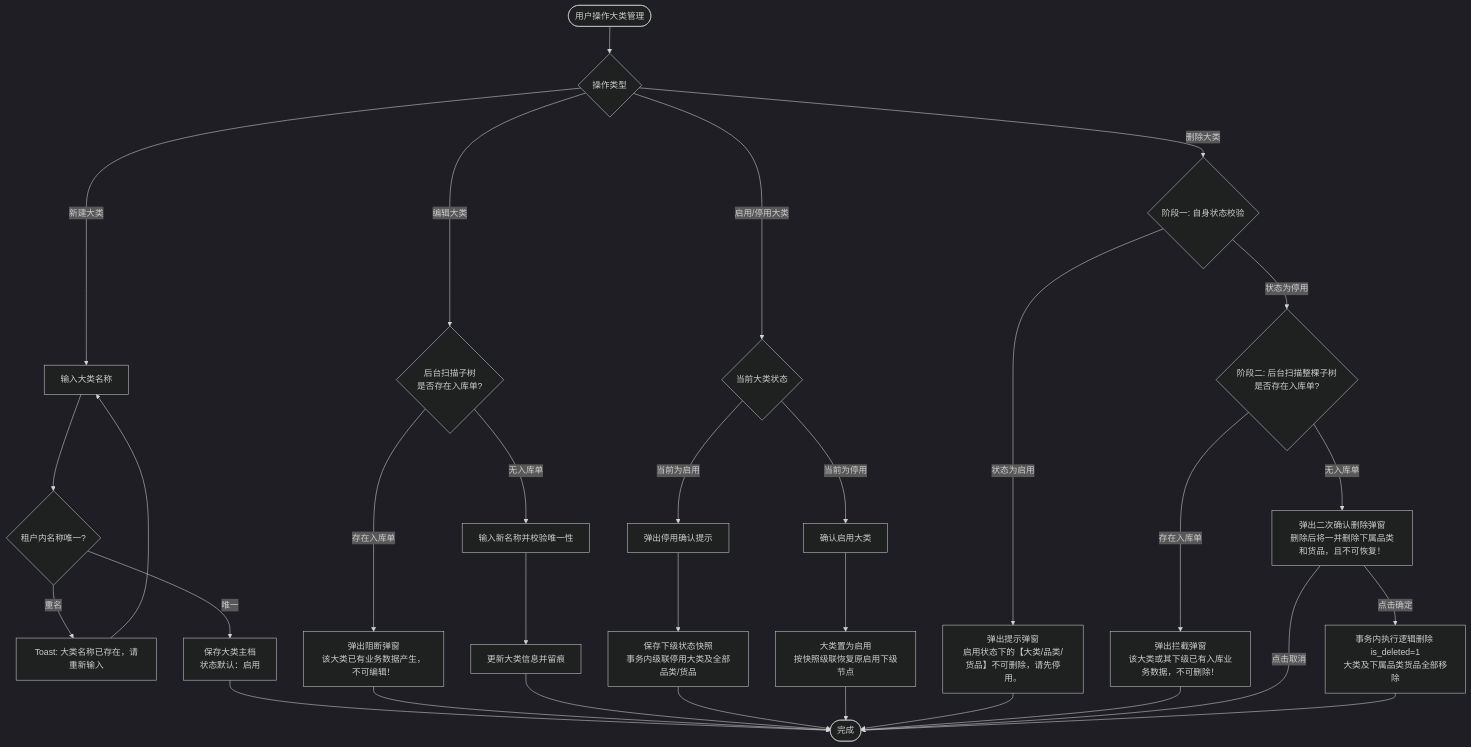
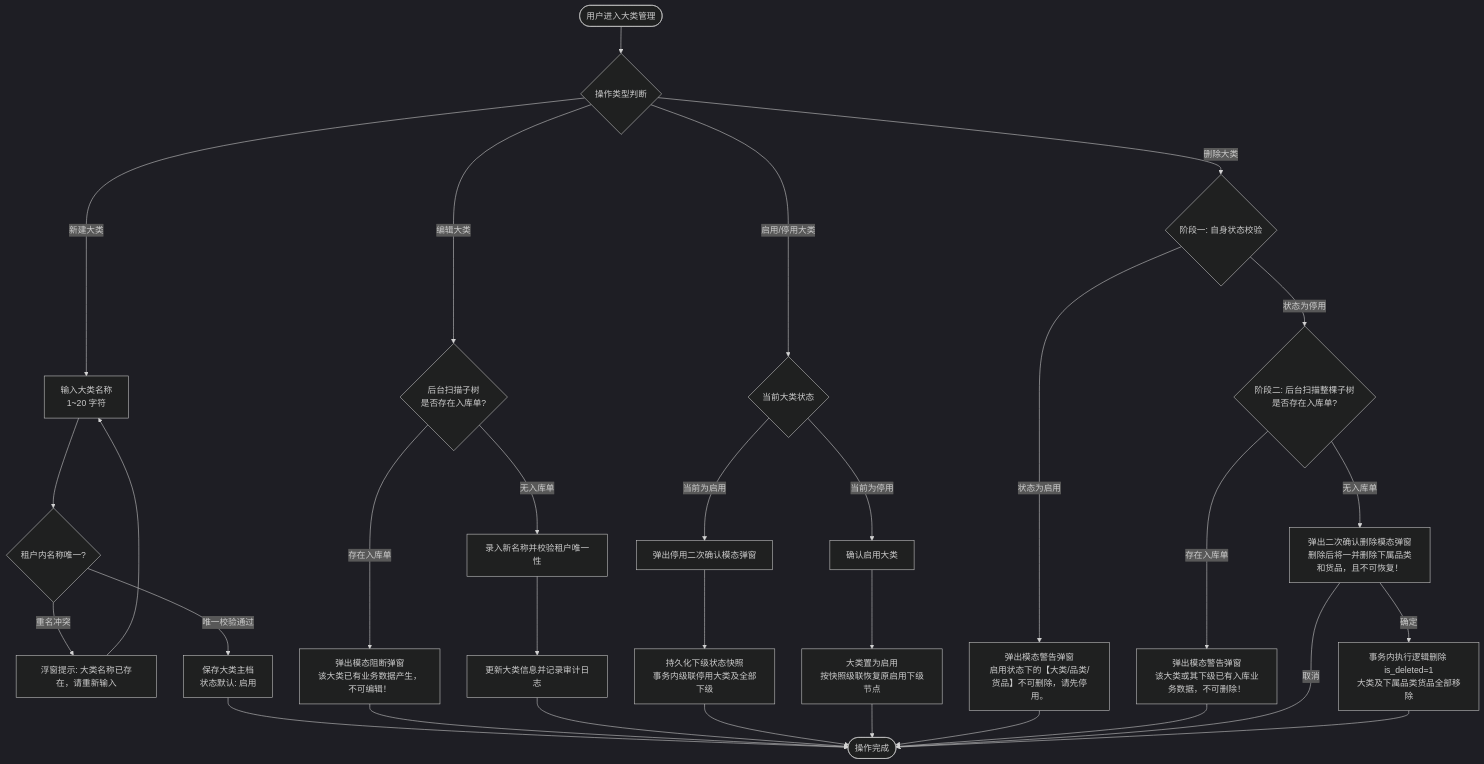
One commit to RobertHuang999/SYZC changed the first of 3 diagrams in 02-PRD文档/🌟🌟🌟-最新基准版/B端PC/08-配置管理/12-货品规格管理-大类管理/大类管理业务规则规格.md. Above: the diagram before and after it, drawn with Mermaid (dark theme). The commit also changed other lines of this file and 264 other files, not shown here.

````diff
--- a/02-PRD文档/🌟🌟🌟-最新基准版/B端PC/08-配置管理/12-货品规格管理-大类管理/大类管理业务规则规格.md
+++ b/02-PRD文档/🌟🌟🌟-最新基准版/B端PC/08-配置管理/12-货品规格管理-大类管理/大类管理业务规则规格.md
@@ -95,32 +97,32 @@
 ```mermaid
 flowchart TD
-    Start([用户操作大类管理]) --> OpType{操作类型}
+    Start([用户进入大类管理]) --> OpType{操作类型判断}
 
     %% 1. 新建大类分支
-    OpType -- 新建大类 --> InputCat[输入大类名称]
+    OpType -- 新建大类 --> InputCat[输入大类名称<br/>1~20 字符]
     InputCat --> CheckName{租户内名称唯一?}
-    CheckName -- 重名 --> ToastErr1[Toast: 大类名称已存在，请重新输入] --> InputCat
-    CheckName -- 唯一 --> SaveCat[保存大类主档<br/>状态默认：启用] --> End([完成])
+    CheckName -- 重名冲突 --> ToastErr1[浮窗提示: 大类名称已存在，请重新输入] --> InputCat
+    CheckName -- 唯一校验通过 --> SaveCat[保存大类主档<br/>状态默认: 启用] --> End([操作完成])
 
     %% 2. 编辑大类分支
     OpType -- 编辑大类 --> CheckInboundEdit{后台扫描子树<br/>是否存在入库单?}
-    CheckInboundEdit -- 存在入库单 --> ModalBlockEdit[弹出阻断弹窗<br/>该大类已有业务数据产生，不可编辑！] --> End
-    CheckInboundEdit -- 无入库单 --> EditCatName[输入新名称并校验唯一性]
-    EditCatName --> SaveEdit[更新大类信息并留痕] --> End
+    CheckInboundEdit -- 存在入库单 --> ModalBlockEdit[弹出模态阻断弹窗<br/>该大类已有业务数据产生，不可编辑！] --> End
+    CheckInboundEdit -- 无入库单 --> EditCatName[录入新名称并校验租户唯一性]
+    EditCatName --> SaveEdit[更新大类信息并记录审计日志] --> End
 
     %% 3. 启停用大类分支
     OpType -- 启用/停用大类 --> StatusJudge{当前大类状态}
-    StatusJudge -- 当前为启用 --> ConfirmDisable[弹出停用确认提示]
-    ConfirmDisable --> DoDisable[保存下级状态快照<br/>事务内级联停用大类及全部品类/货品] --> End
+    StatusJudge -- 当前为启用 --> ConfirmDisable[弹出停用二次确认模态弹窗]
+    ConfirmDisable --> DoDisable[持久化下级状态快照<br/>事务内级联停用大类及全部下级] --> End
     StatusJudge -- 当前为停用 --> ConfirmEnable[确认启用大类]
     ConfirmEnable --> DoEnable[大类置为启用<br/>按快照级联恢复原启用下级节点] --> End
 
     %% 4. 删除大类分支
     OpType -- 删除大类 --> Phase1{阶段一: 自身状态校验}
-    Phase1 -- 状态为启用 --> BlockEnableDel[弹出提示弹窗<br/>启用状态下的【大类/品类/货品】不可删除，请先停用。] --> End
+    Phase1 -- 状态为启用 --> BlockEnableDel[弹出模态警告弹窗<br/>启用状态下的【大类/品类/货品】不可删除，请先停用。] --> End
     Phase1 -- 状态为停用 --> Phase2{阶段二: 后台扫描整棵子树<br/>是否存在入库单?}
-    Phase2 -- 存在入库单 --> BlockInboundDel[弹出拦截弹窗<br/>该大类或其下级已有入库业务数据，不可删除！] --> End
-    Phase2 -- 无入库单 --> ConfirmDelModal[弹出二次确认删除弹窗<br/>删除后将一并删除下属品类和货品，且不可恢复！]
-    ConfirmDelModal -- 点击取消 --> End
-    ConfirmDelModal -- 点击确定 --> CascadeDel[事务内执行逻辑删除 is_deleted=1<br/>大类及下属品类货品全部移除] --> End
+    Phase2 -- 存在入库单 --> BlockInboundDel[弹出模态警告弹窗<br/>该大类或其下级已有入库业务数据，不可删除！] --> End
+    Phase2 -- 无入库单 --> ConfirmDelModal[弹出二次确认删除模态弹窗<br/>删除后将一并删除下属品类和货品，且不可恢复！]
+    ConfirmDelModal -- 取消 --> End
+    ConfirmDelModal -- 确定 --> CascadeDel[事务内执行逻辑删除 is_deleted=1<br/>大类及下属品类货品全部移除] --> End
 ```
````
